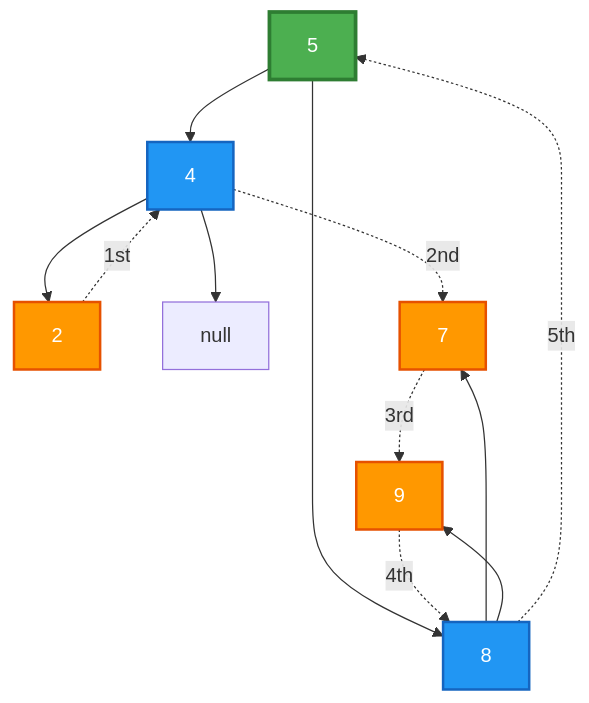
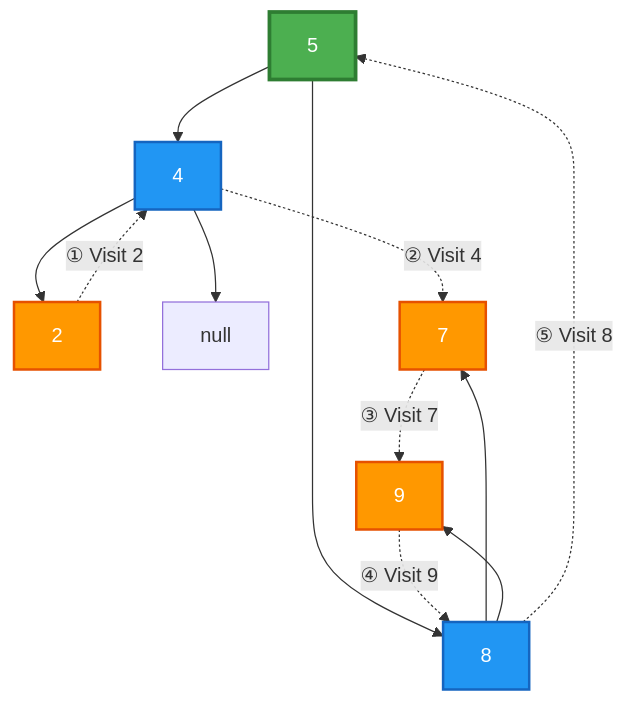
One commit to 120m4n/TreeNodesInPython changed the fourth of 4 diagrams in README.md. Above: the diagram before and after it, drawn with Mermaid. The commit also changed other lines of this file, not shown here.

Commit message:
Fix Mermaid diagram arrows to properly show traversal order

````diff
--- a/README.md
+++ b/README.md
@@ -137,22 +137,22 @@
 ```mermaid
 graph TD
     A[5] --> B[4]
     A --> C[8]
     B --> D[2]
     B --> E[null]
     C --> F[7]
     C --> G[9]
     
-    D -.->|1st| B
-    B -.->|2nd| F
-    F -.->|3rd| G
-    G -.->|4th| C
-    C -.->|5th| A
+    D -.->|"① Visit 2"| B
+    B -.->|"② Visit 4"| F
+    F -.->|"③ Visit 7"| G
+    G -.->|"④ Visit 9"| C
+    C -.->|"⑤ Visit 8"| A
     
     style A fill:#4CAF50,stroke:#2E7D32,stroke-width:3px,color:#fff
     style B fill:#2196F3,stroke:#1565C0,stroke-width:2px,color:#fff
     style C fill:#2196F3,stroke:#1565C0,stroke-width:2px,color:#fff
     style D fill:#FF9800,stroke:#E65100,stroke-width:2px,color:#fff
     style F fill:#FF9800,stroke:#E65100,stroke-width:2px,color:#fff
     style G fill:#FF9800,stroke:#E65100,stroke-width:2px,color:#fff
 ```
````
